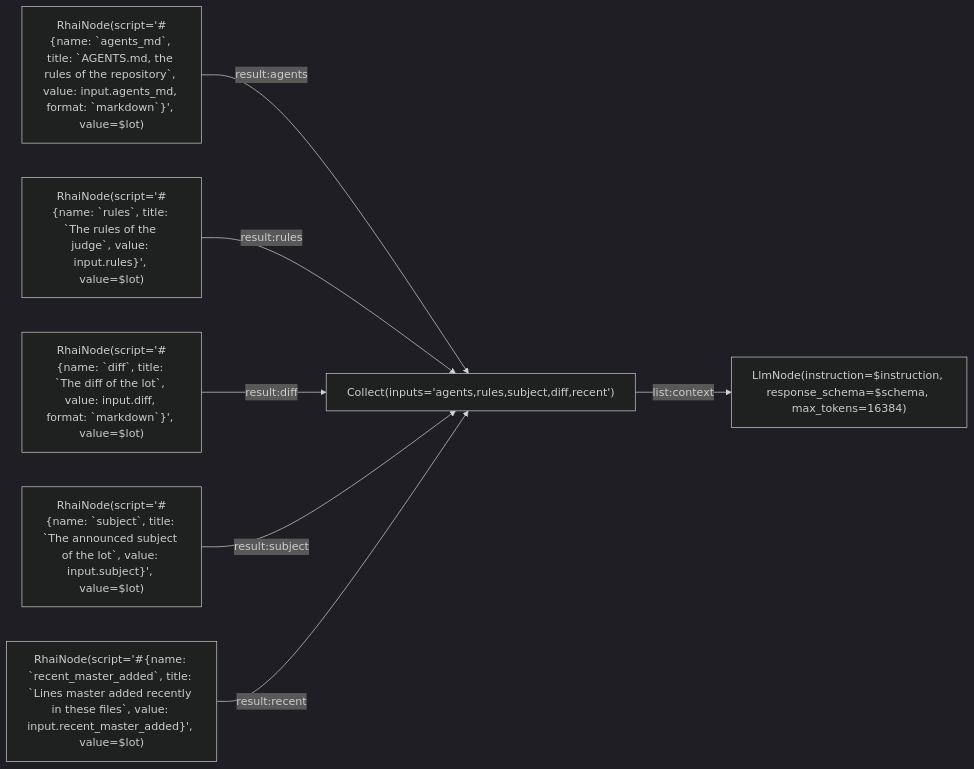
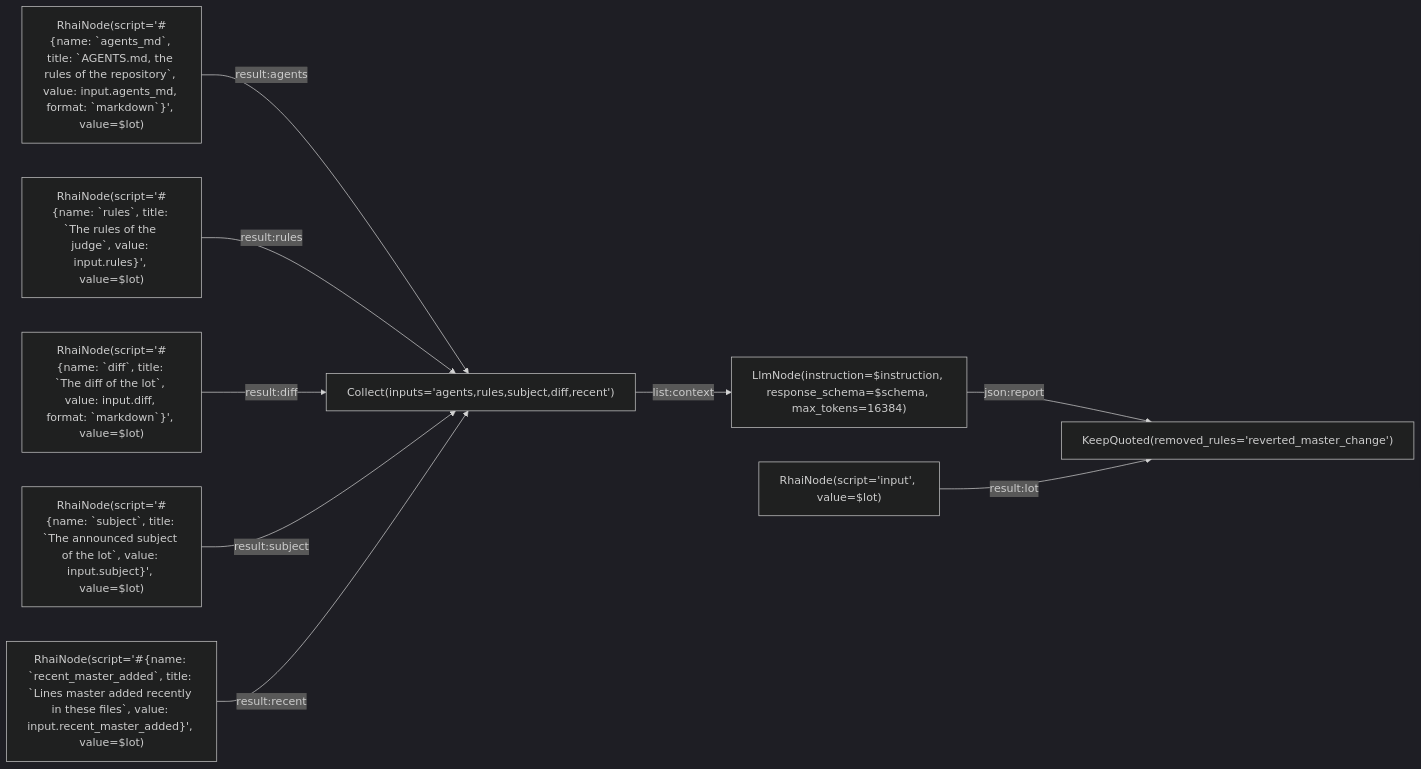
Before and after one commit to L-Defraiteur/rag3db: the diagram in extension/rag3weaver/templates/pusher/judge.mmd, drawn with Mermaid (dark theme). The commit also changed 4 other files, not shown here.

Commit message:
feat(rag3weaver): KeepQuoted — after the judge's model, a finding whose excerpt is not as it is in a line of the diff is dropped (a removed line for the rules that read removals), and the report says how many

```diff
--- a/extension/rag3weaver/templates/pusher/judge.mmd
+++ b/extension/rag3weaver/templates/pusher/judge.mmd
@@ -1,21 +1,25 @@
 %% tool: lot_judge
 %% description: The lot judge (24 November 2026): reads a lot's diff, AGENTS.md and the judge's rules (templates/pusher/judge_rules.json), and gives findings {rule, file, line, excerpt, severity, why} and a summary. An opinion: it blocks nothing. The model comes from the registry the pusher gives (the llm service); the graph names none.
 %% param: lot json! -- {diff: the lot's diff (origin/master...head, generated files left out), agents_md: the text of AGENTS.md, rules: the rules of judge_rules.json, subject (optional): the titles of the lot's commits, recent_master_added (optional): the lines master added recently in the files the lot touches}.
 %% param: instruction string = "Read the rules, then the diff. Report every added line that violates a rule, with its file, line and excerpt. Only the rule reverted_master_change reads the removed lines; every other rule reads the added lines alone. When the lot is clean, give no finding." -- The task line, set before the rules and the diff; the meaning of each field is in the schema's descriptions.
 %% param: schema json = {"type": "object", "additionalProperties": false, "required": ["findings", "summary"], "properties": {"findings": {"type": "array", "description": "Every violation found in the diff's added lines, one per place; none when the lot is clean. Never a finding without its file and its excerpt.", "items": {"type": "object", "additionalProperties": false, "required": ["rule", "file", "line", "excerpt", "severity", "why"], "properties": {"rule": {"type": "string", "description": "The id of the rule violated, from the rules given."}, "file": {"type": "string", "description": "The file of the diff, as its header names it."}, "line": {"type": "integer", "description": "The line in the new file, read from the hunk header; 0 when it cannot be read."}, "excerpt": {"type": "string", "description": "The added line, or the shortest part of it that shows the violation, copied as it is."}, "severity": {"type": "string", "enum": ["high", "medium", "low"], "description": "The rule's severity, lowered when the case is borderline."}, "why": {"type": "string", "description": "One sentence: what the line does against the rule, and what the rule would have it be."}}}}, "summary": {"type": "string", "description": "One sentence: how many findings, and the most serious one; or that the lot is clean."}}} -- The shape of the report.
-%% result: model.json
+%% result: keep.report
 
 graph LR
     agents["RhaiNode(script='#{name: `agents_md`, title: `AGENTS.md, the rules of the repository`, value: input.agents_md, format: `markdown`}', value=$lot)"]
     rules["RhaiNode(script='#{name: `rules`, title: `The rules of the judge`, value: input.rules}', value=$lot)"]
     diff["RhaiNode(script='#{name: `diff`, title: `The diff of the lot`, value: input.diff, format: `markdown`}', value=$lot)"]
     subject["RhaiNode(script='#{name: `subject`, title: `The announced subject of the lot`, value: input.subject}', value=$lot)"]
     recent["RhaiNode(script='#{name: `recent_master_added`, title: `Lines master added recently in these files`, value: input.recent_master_added}', value=$lot)"]
     parts["Collect(inputs='agents,rules,subject,diff,recent')"]
     model["LlmNode(instruction=$instruction, response_schema=$schema, max_tokens=16384)"]
     agents -->|result:agents| parts
     rules -->|result:rules| parts
     diff -->|result:diff| parts
     subject -->|result:subject| parts
     recent -->|result:recent| parts
     parts -->|list:context| model
+    lot["RhaiNode(script='input', value=$lot)"]
+    keep["KeepQuoted(removed_rules='reverted_master_change')"]
+    model -->|json:report| keep
+    lot -->|result:lot| keep
```
